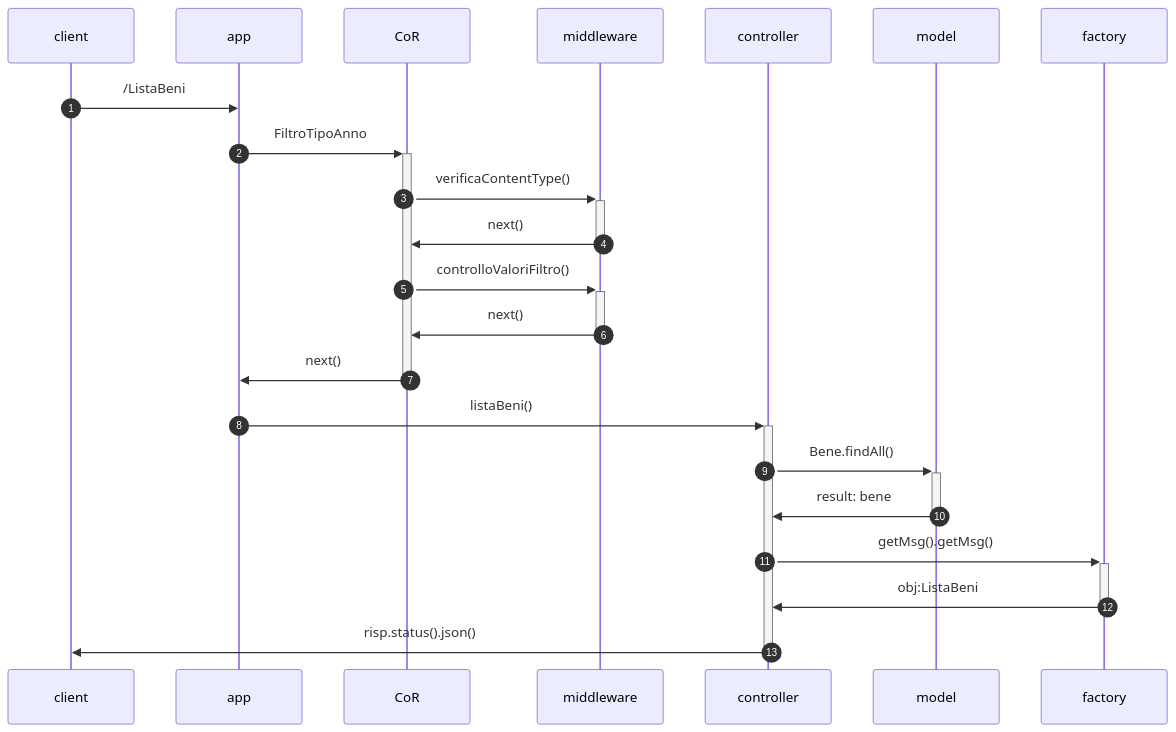
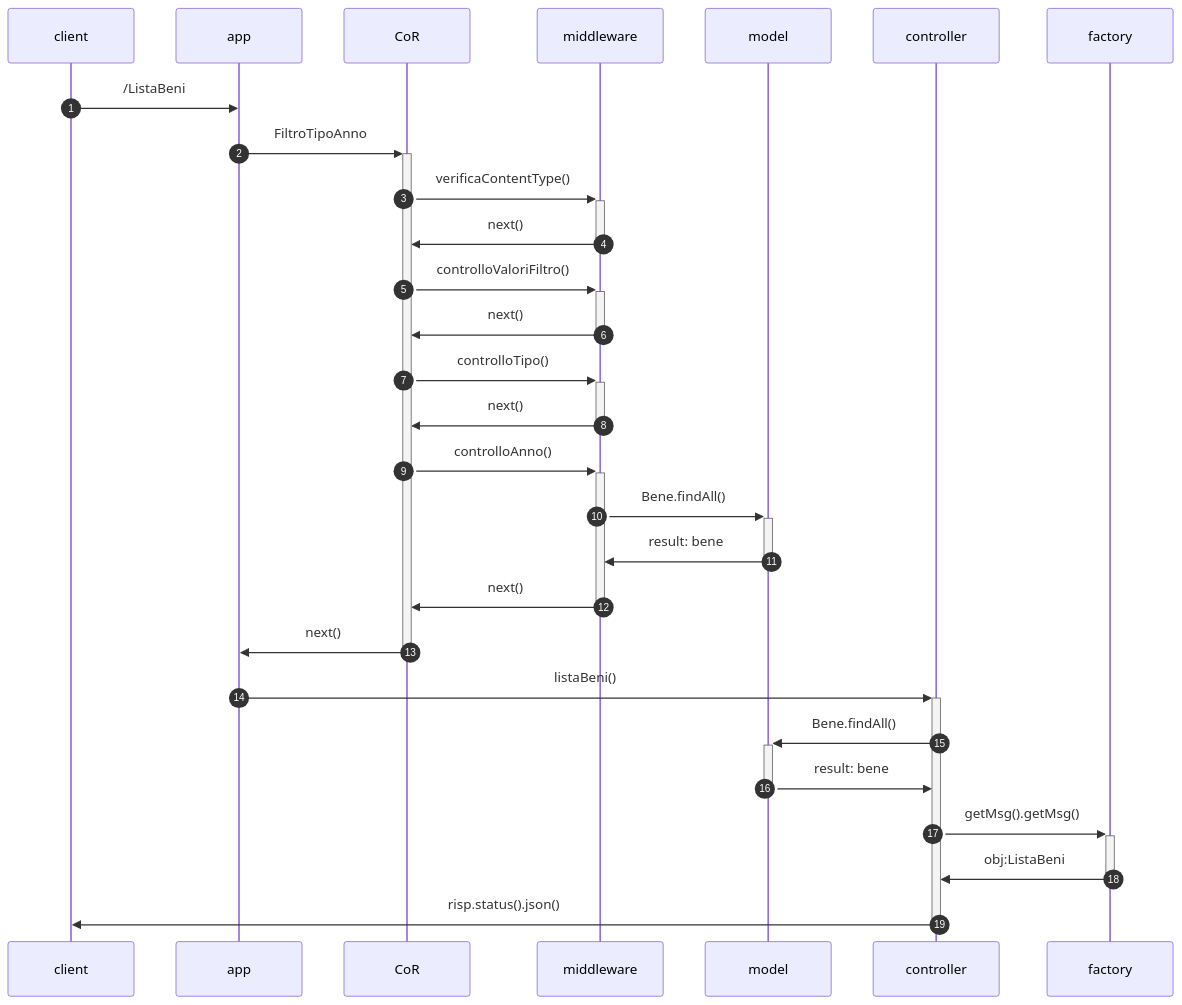
One commit to MargheritaGaleazzi/AcquistoBeniStorici-Progetto-PA changed the first of 6 diagrams in README.md. Above: the diagram before and after it, drawn with Mermaid. The commit also changed other lines of this file, not shown here.

````diff
--- a/README.md
+++ b/README.md
@@ -271,17 +271,23 @@
 ```mermaid
 sequenceDiagram
 autonumber
 client ->> app: /ListaBeni
 app ->>+ CoR: FiltroTipoAnno
 CoR ->>+ middleware: verificaContentType()
 middleware ->>- CoR:  next()
 CoR ->>+ middleware: controlloValoriFiltro()
 middleware ->>- CoR:  next()
+CoR ->>+ middleware: controlloTipo()
+middleware ->>- CoR:  next()
+CoR ->>+ middleware: controlloAnno()
+middleware ->>+ model: Bene.findAll()
+model ->>- middleware: result: bene
+middleware ->>- CoR:  next()
 CoR ->>- app : next()
 app ->>+ controller: listaBeni()
 controller ->>+ model : Bene.findAll()
 model ->>- controller : result: bene
 controller ->>+ factory : getMsg().getMsg()
 factory ->>- controller: obj:ListaBeni
 controller ->>- client:  risp.status().json()
 ```
````
